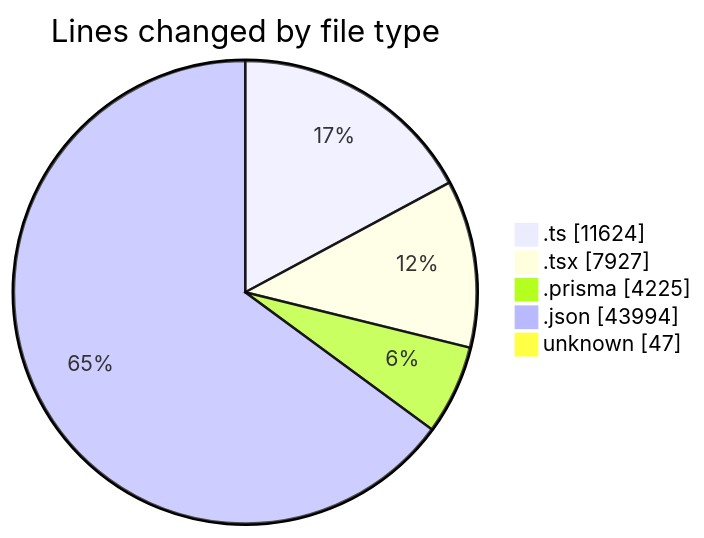
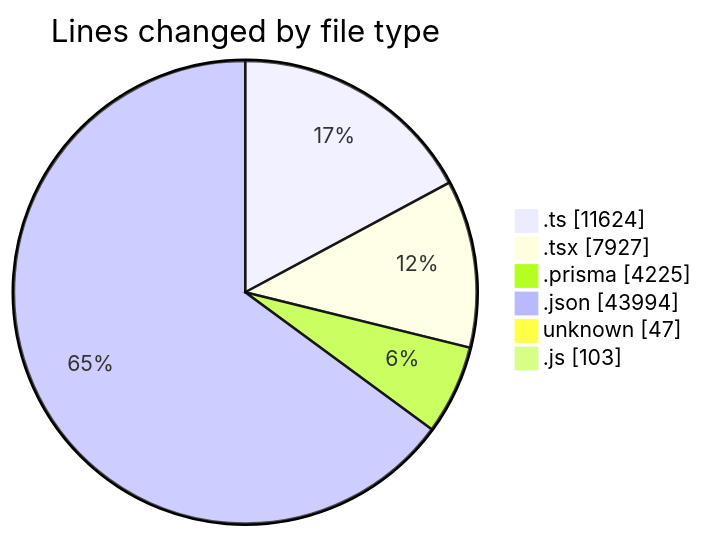
Before and after one commit to CELIANVF/code-tracking: the first of 2 diagrams in 2025-05-19/ecodeli-1/README.md, drawn with Mermaid. The commit also changed other lines of this file and 1 other file, not shown here.

````diff
--- a/2025-05-19/ecodeli-1/README.md
+++ b/2025-05-19/ecodeli-1/README.md
@@ -78,9 +79,10 @@
 ```mermaid
 pie showData
 title Lines changed by file type
 ".ts" : 11624
 ".tsx" : 7927
 ".prisma" : 4225
 ".json" : 43994
 "unknown" : 47
+".js" : 103
 ```
````
